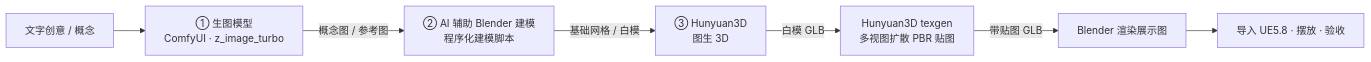
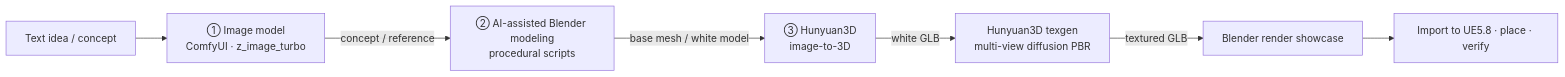
One commit to wuuwuu26/ember-protocol changed the diagram in README.md. Above: the diagram before and after it, drawn with Mermaid. The commit also changed other lines of this file and 1 other file, not shown here.

````diff
--- a/README.md
+++ b/README.md
@@ -19,9 +21,9 @@
 ```mermaid
 flowchart LR
-    A[文字创意 / 概念] --> B[① 生图模型<br/>ComfyUI · z_image_turbo]
-    B -->|概念图 / 参考图| C[② AI 辅助 Blender 建模<br/>程序化建模脚本]
-    C -->|基础网格 / 白模| D[③ Hunyuan3D<br/>图生 3D]
-    D -->|白模 GLB| E[Hunyuan3D texgen<br/>多视图扩散 PBR 贴图]
-    E -->|带贴图 GLB| F[Blender 渲染展示图]
-    F --> G[导入 UE5.8 · 摆放 · 验收]
+    A[Text idea / concept] --> B[① Image model<br/>ComfyUI · z_image_turbo]
+    B -->|concept / reference| C[② AI-assisted Blender modeling<br/>procedural scripts]
+    C -->|base mesh / white model| D[③ Hunyuan3D<br/>image-to-3D]
+    D -->|white GLB| E[Hunyuan3D texgen<br/>multi-view diffusion PBR]
+    E -->|textured GLB| F[Blender render showcase]
+    F --> G[Import to UE5.8 · place · verify]
 ```
````
